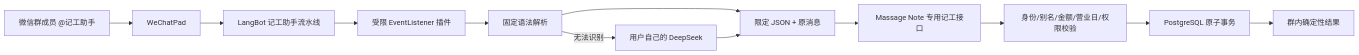
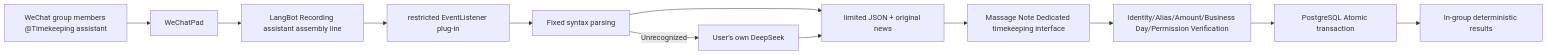
The diagram in docs/archive/LANGBOT_MASSAGE_NOTE_WORK_BOT_IMPLEMENTATION.md (Redonkatonkk/massage-note), drawn with Mermaid before and after one commit. The commit also changed other lines of this file and 118 other files, not shown here.

````diff
--- a/docs/archive/LANGBOT_MASSAGE_NOTE_WORK_BOT_IMPLEMENTATION.md
+++ b/docs/archive/LANGBOT_MASSAGE_NOTE_WORK_BOT_IMPLEMENTATION.md
@@ -34,14 +42,14 @@
 ```mermaid
 flowchart LR
-    Group["微信群成员 @记工助手"] --> Pad["WeChatPad"]
-    Pad --> Bot["LangBot 记工助手流水线"]
-    Bot --> Plugin["受限 EventListener 插件"]
-    Plugin --> Parser["固定语法解析"]
-    Parser -->|无法识别| DeepSeek["用户自己的 DeepSeek"]
-    Parser --> Event["限定 JSON + 原消息"]
+    Group["WeChat group members @Timekeeping assistant"] --> Pad["WeChatPad"]
+    Pad --> Bot["LangBot Recording assistant assembly line"]
+    Bot --> Plugin["restricted EventListener plug-in"]
+    Plugin --> Parser["Fixed syntax parsing"]
+    Parser -->|Unrecognized| DeepSeek["User's own DeepSeek"]
+    Parser --> Event["limited JSON + original news"]
     DeepSeek --> Event
-    Event --> API["Massage Note 专用记工接口"]
-    API --> Validate["身份/别名/金额/营业日/权限校验"]
-    Validate --> Tx["PostgreSQL 原子事务"]
-    Tx --> Reply["群内确定性结果"]
+    Event --> API["Massage Note Dedicated timekeeping interface"]
+    API --> Validate["Identity/Alias/Amount/Business Day/Permission Verification"]
+    Validate --> Tx["PostgreSQL Atomic transaction"]
+    Tx --> Reply["In-group deterministic results"]
 ```
````
